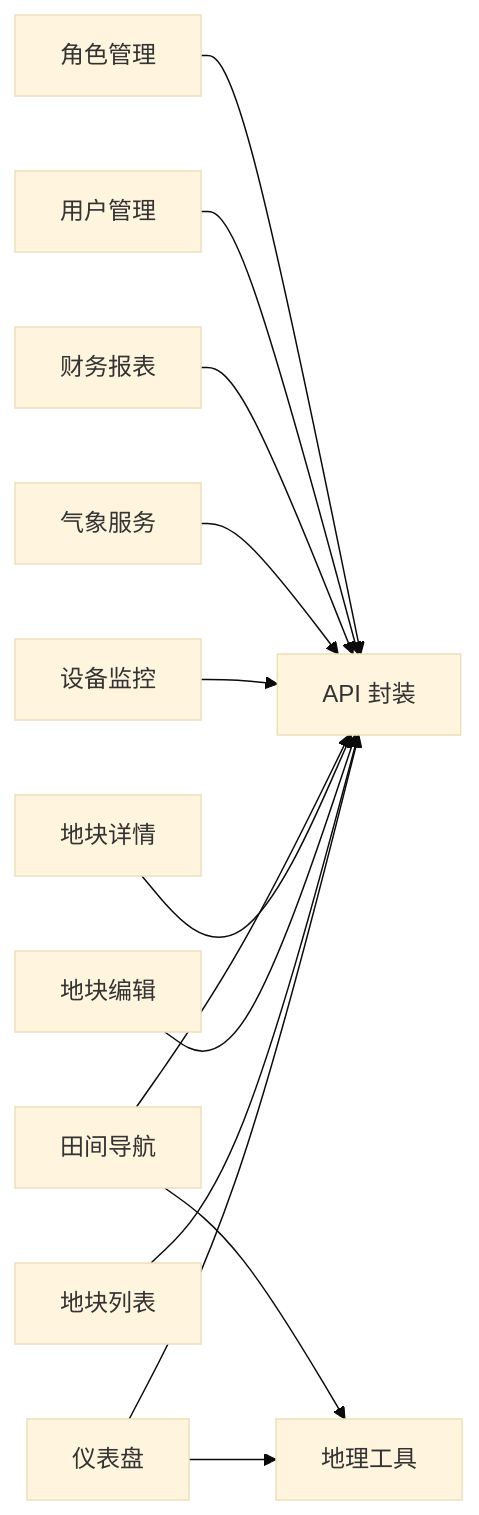
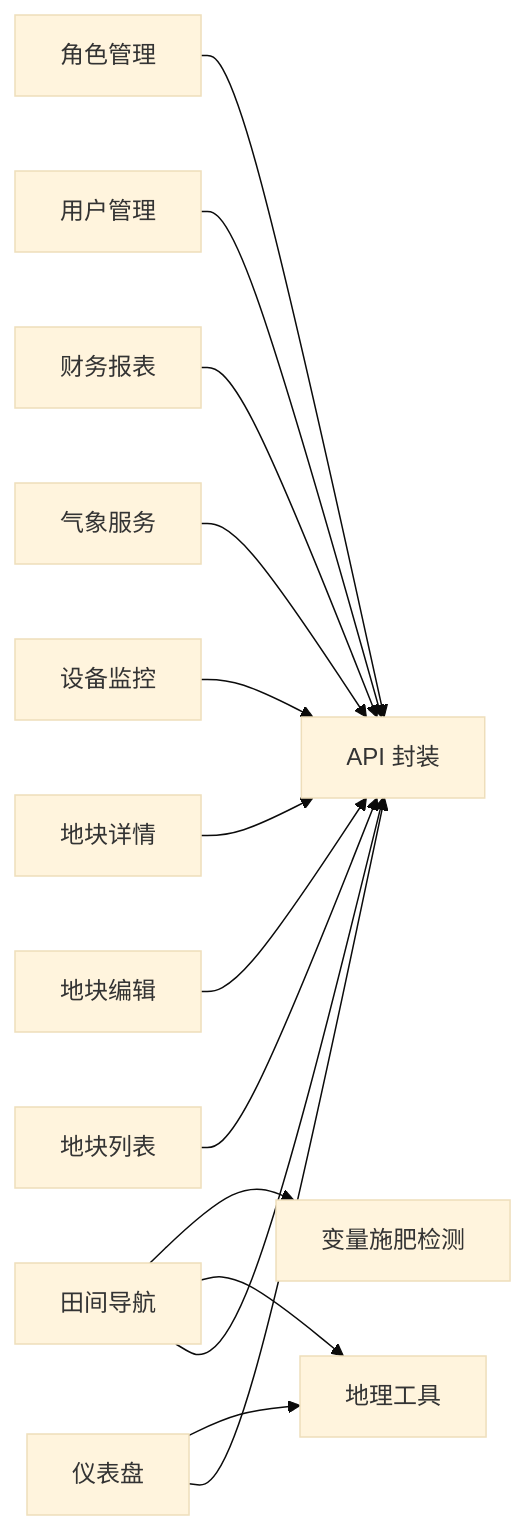
The tenth of 10 diagrams in .qoder/repowiki/zh/content/前端应用文档/核心页面/核心页面.md (q446328246/agri-platform), drawn with Mermaid (base theme) before and after one commit. The commit also changed other lines of this file and 47 other files, not shown here.

````diff
--- a/.qoder/repowiki/zh/content/前端应用文档/核心页面/核心页面.md
+++ b/.qoder/repowiki/zh/content/前端应用文档/核心页面/核心页面.md
@@ -462,15 +478,16 @@
 ```mermaid
 graph LR
 Dashboard["仪表盘"] --> API["API 封装"]
 PlotList["地块列表"] --> API
 PlotEdit["地块编辑"] --> API
 PlotDetail["地块详情"] --> API
 FarmNavigation["田间导航"] --> API
 DeviceMonitor["设备监控"] --> API
 WeatherIndex["气象服务"] --> API
 FinanceIndex["财务报表"] --> API
 SystemUser["用户管理"] --> API
 SystemRole["角色管理"] --> API
 Dashboard --> Geo["地理工具"]
 FarmNavigation --> Geo
+FarmNavigation --> VariableDetection["变量施肥检测"]
 ```
````
